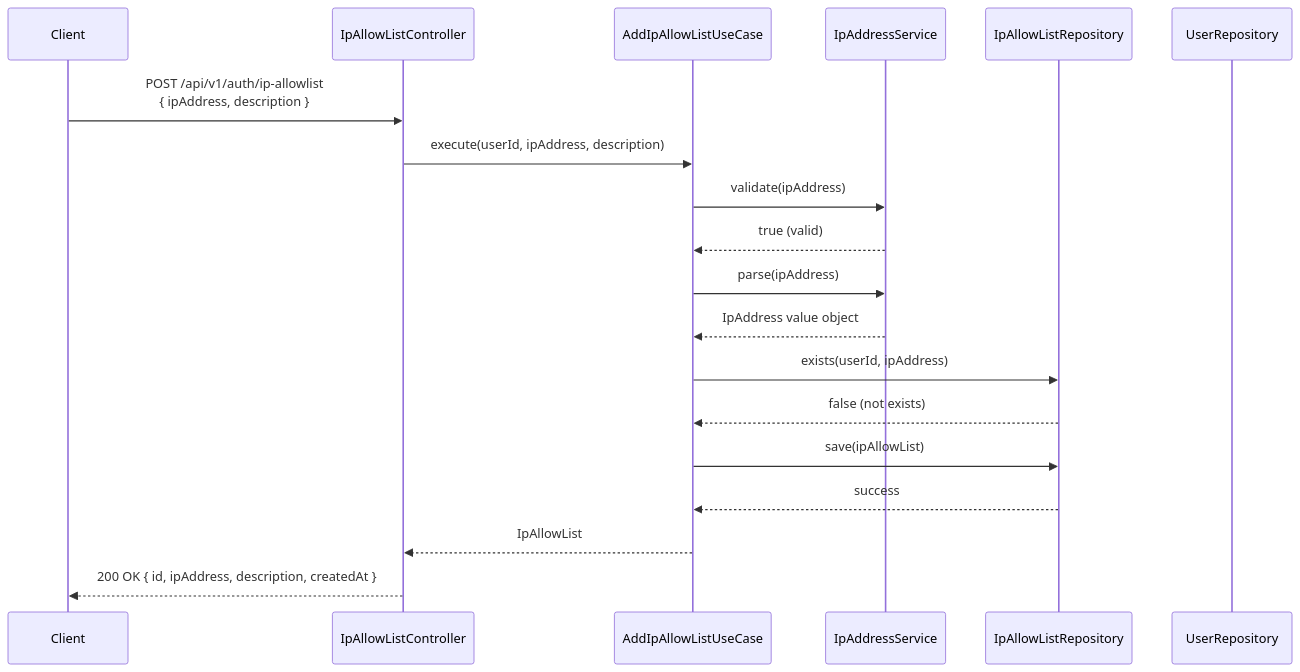
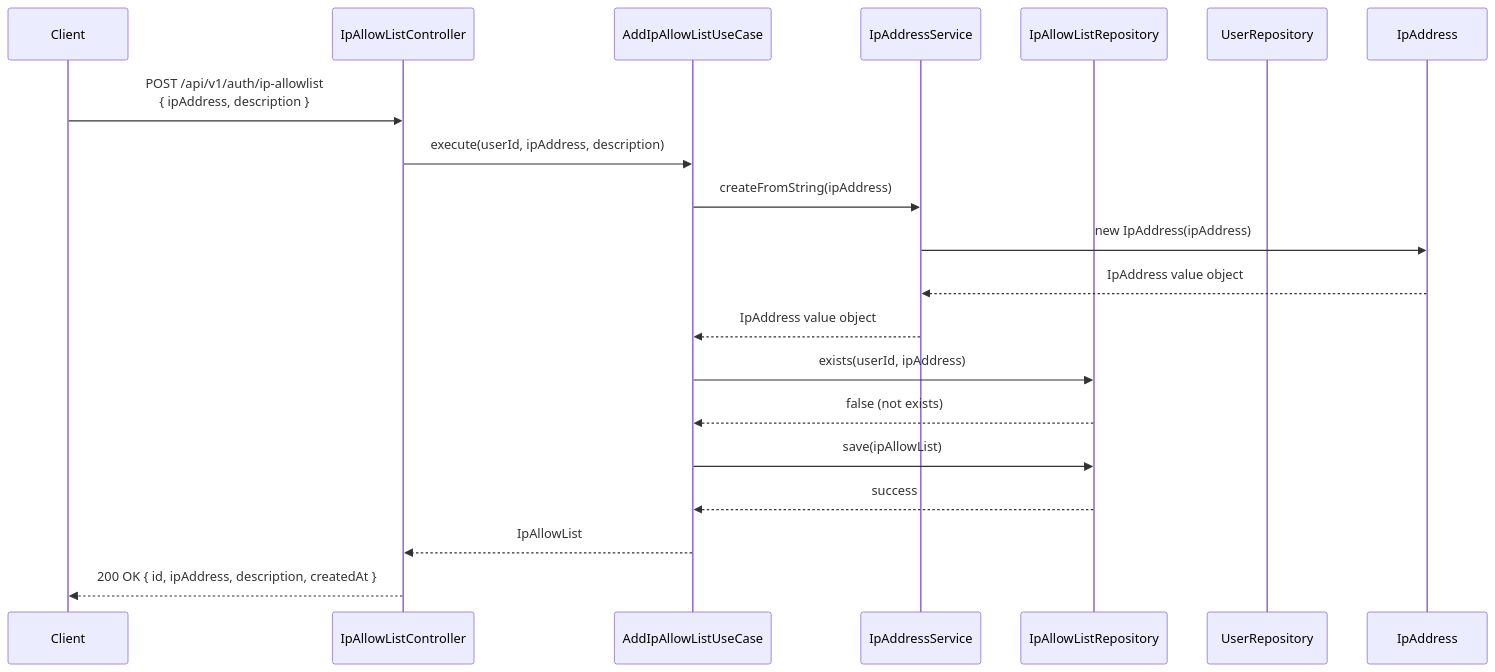
Before and after one commit to kencom2400/MrWebDefence-Console: the first of 4 diagrams in docs/detailed-design/MWD-31_ip-allowlist-implementation/sequence-diagrams.md, drawn with Mermaid. The commit also changed other lines of this file and 1 other file, not shown here.

Commit message:
docs: IP AllowList設計の修正 - Geminiレビュー指摘事項に対応（続き）
- input-output-design.md: user_idカラムの個別インデックスを削除（UNIQUE制約による複合インデックスで十分）
- input-output-design.md: DELETE操作のレスポンスを204 No Contentに変更（RESTfulな設計）
- input-output-design.md: 閉じる相手のいないコードブロックのバッククォートを削除
- sequence-diagrams.md: IP検証ロジックの責務分担を明確化（IpAddressServiceではなくIpAddress Value ObjectのisInRangeを直接呼び出す）
- sequence-diagrams.md: IP AllowList追加フローでIpAddressServiceをファクトリとして使用
- .cursor/rules: Geminiレビューからの学習を追加（データベースインデックスの冗長性排除、RESTful API設計、シーケンス図における責務分担）

MWD-31: Task 3.5: IP AllowList機能実装

````diff
--- a/docs/detailed-design/MWD-31_ip-allowlist-implementation/sequence-diagrams.md
+++ b/docs/detailed-design/MWD-31_ip-allowlist-implementation/sequence-diagrams.md
@@ -5,27 +5,26 @@
 ```mermaid
 sequenceDiagram
     participant Client
     participant IpAllowListController
     participant AddIpAllowListUseCase
     participant IpAddressService
     participant IpAllowListRepository
     participant UserRepository
 
     Client->>IpAllowListController: POST /api/v1/auth/ip-allowlist<br/>{ ipAddress, description }
     IpAllowListController->>AddIpAllowListUseCase: execute(userId, ipAddress, description)
     
-    AddIpAllowListUseCase->>IpAddressService: validate(ipAddress)
-    IpAddressService-->>AddIpAllowListUseCase: true (valid)
-    
-    AddIpAllowListUseCase->>IpAddressService: parse(ipAddress)
+    AddIpAllowListUseCase->>IpAddressService: createFromString(ipAddress)
+    IpAddressService->>IpAddress: new IpAddress(ipAddress)
+    IpAddress-->>IpAddressService: IpAddress value object
     IpAddressService-->>AddIpAllowListUseCase: IpAddress value object
     
     AddIpAllowListUseCase->>IpAllowListRepository: exists(userId, ipAddress)
     IpAllowListRepository-->>AddIpAllowListUseCase: false (not exists)
     
     AddIpAllowListUseCase->>IpAllowListRepository: save(ipAllowList)
     IpAllowListRepository-->>AddIpAllowListUseCase: success
     
     AddIpAllowListUseCase-->>IpAllowListController: IpAllowList
     IpAllowListController-->>Client: 200 OK { id, ipAddress, description, createdAt }
 ```
````
